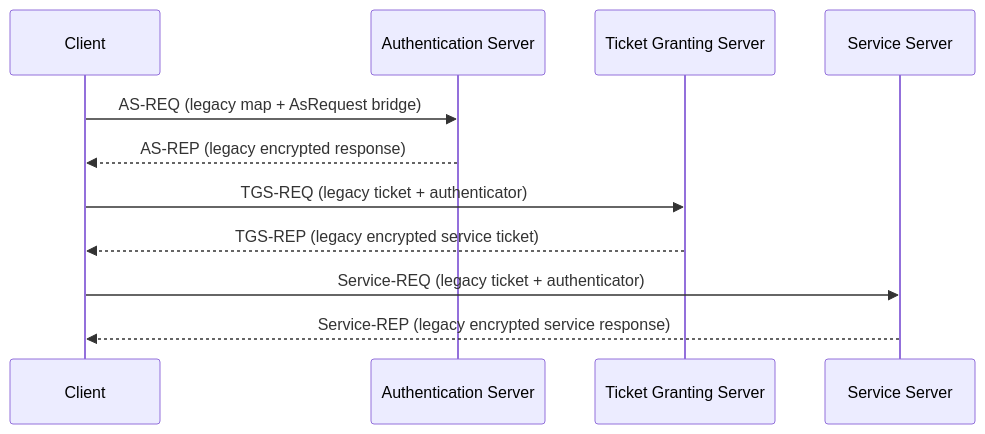
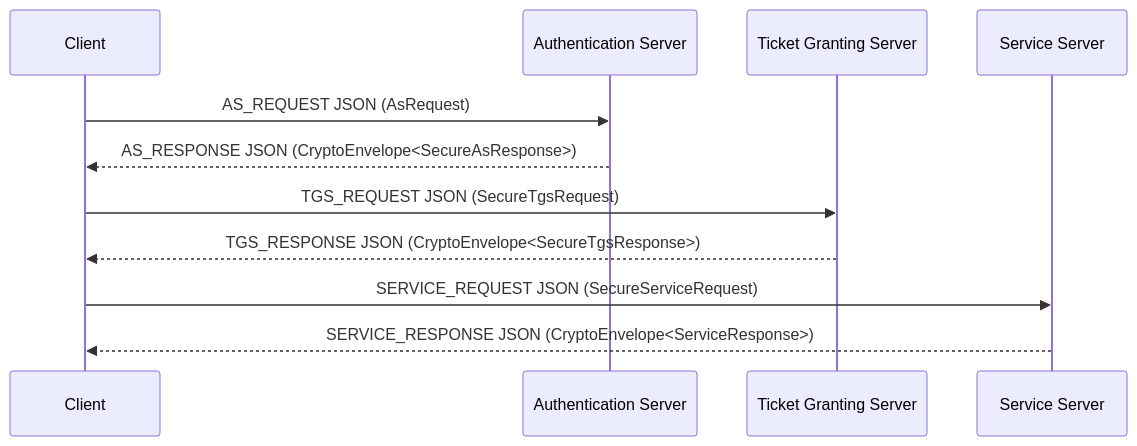
Before and after one commit to LiamSalazar/Kerberos: the diagram in PruebaKeberos/README.md, drawn with Mermaid. The commit also changed other lines of this file and 39 other files, not shown here.

````diff
--- a/PruebaKeberos/README.md
+++ b/PruebaKeberos/README.md
@@ -49,14 +52,14 @@
 ```mermaid
 sequenceDiagram
     participant C as Client
     participant AS as Authentication Server
     participant TGS as Ticket Granting Server
     participant S as Service Server
 
-    C->>AS: AS-REQ (legacy map + AsRequest bridge)
-    AS-->>C: AS-REP (legacy encrypted response)
-    C->>TGS: TGS-REQ (legacy ticket + authenticator)
-    TGS-->>C: TGS-REP (legacy encrypted service ticket)
-    C->>S: Service-REQ (legacy ticket + authenticator)
-    S-->>C: Service-REP (legacy encrypted service response)
+    C->>AS: AS_REQUEST JSON (AsRequest)
+    AS-->>C: AS_RESPONSE JSON (CryptoEnvelope<SecureAsResponse>)
+    C->>TGS: TGS_REQUEST JSON (SecureTgsRequest)
+    TGS-->>C: TGS_RESPONSE JSON (CryptoEnvelope<SecureTgsResponse>)
+    C->>S: SERVICE_REQUEST JSON (SecureServiceRequest)
+    S-->>C: SERVICE_RESPONSE JSON (CryptoEnvelope<ServiceResponse>)
 ```
````
